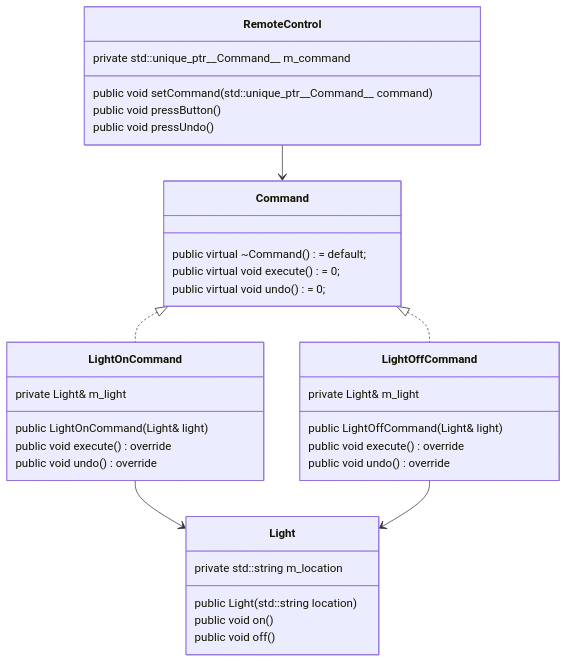
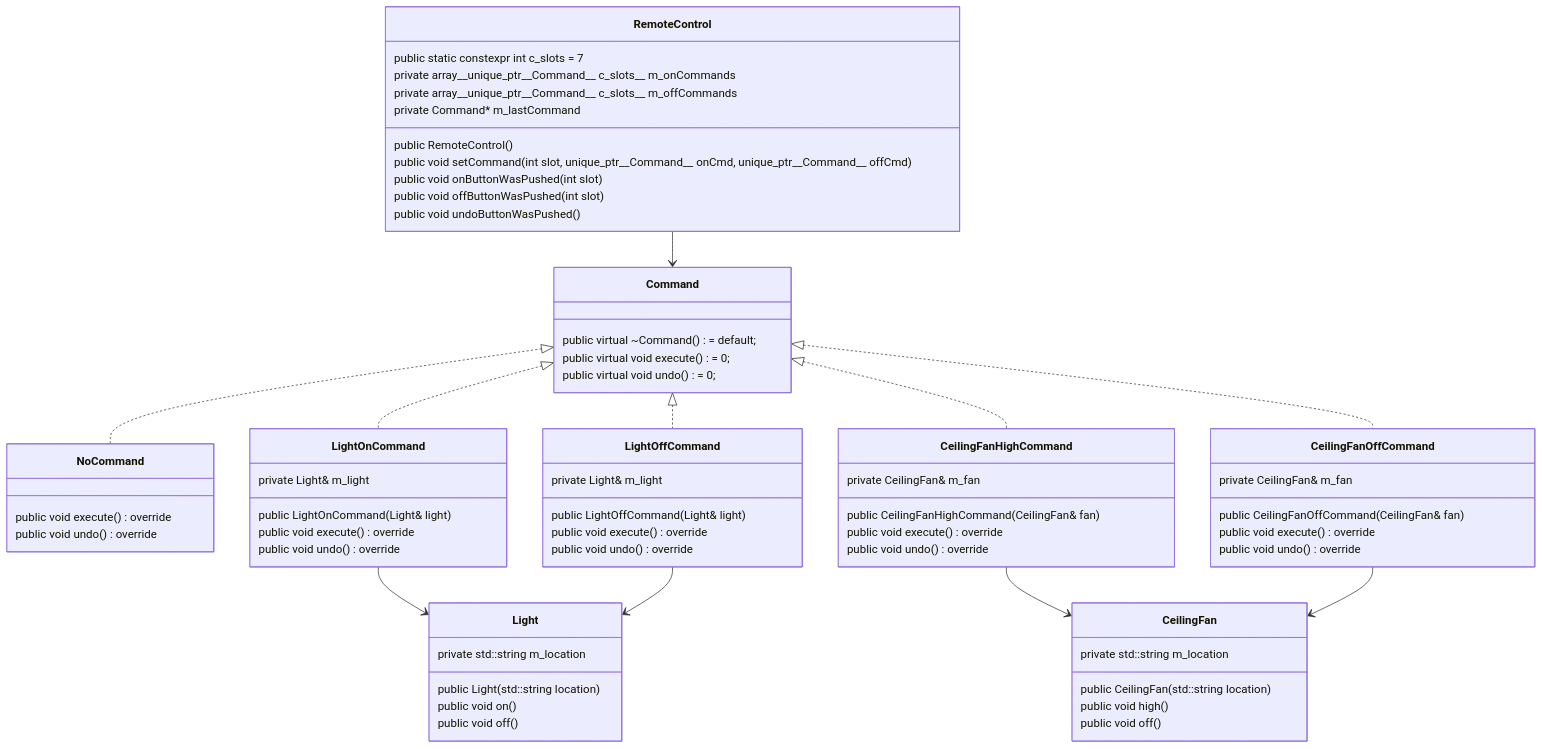
Before and after one commit to rngoodner/design-patterns: the sixth of 13 diagrams in README.md, drawn with Mermaid. The commit also changed other lines of this file, not shown here.

Commit message:
sync README class diagrams with current code

````diff
--- a/README.md
+++ b/README.md
@@ -313,43 +433,79 @@
 ```mermaid
 classDiagram
 
 class Command {
     public virtual ~Command() = default;
     public virtual void execute() = 0;
     public virtual void undo() = 0;
+}
+
+class NoCommand {
+    public void execute() override
+    public void undo() override
 }
 
 class Light {
     public Light(std::string location)
     public void on()
     public void off()
     private std::string m_location
 }
 
 class LightOnCommand {
     public LightOnCommand(Light& light)
     public void execute() override
     public void undo() override
     private Light& m_light
 }
 
 class LightOffCommand {
     public LightOffCommand(Light& light)
     public void execute() override
     public void undo() override
     private Light& m_light
 }
 
-class RemoteControl {
-    public void setCommand(std::unique_ptr__Command__ command)
-    public void pressButton()
-    public void pressUndo()
-    private std::unique_ptr__Command__ m_command
+class CeilingFan {
+    public CeilingFan(std::string location)
+    public void high()
+    public void off()
+    private std::string m_location
 }
 
+class CeilingFanHighCommand {
+    public CeilingFanHighCommand(CeilingFan& fan)
+    public void execute() override
+    public void undo() override
+    private CeilingFan& m_fan
+}
+
+class CeilingFanOffCommand {
+    public CeilingFanOffCommand(CeilingFan& fan)
+    public void execute() override
+    public void undo() override
+    private CeilingFan& m_fan
+}
+
+class RemoteControl {
+    public static constexpr int c_slots = 7
+    public RemoteControl()
+    public void setCommand(int slot, unique_ptr__Command__ onCmd, unique_ptr__Command__ offCmd)
+    public void onButtonWasPushed(int slot)
+    public void offButtonWasPushed(int slot)
+    public void undoButtonWasPushed()
+    private array__unique_ptr__Command__ c_slots__ m_onCommands
+    private array__unique_ptr__Command__ c_slots__ m_offCommands
+    private Command* m_lastCommand
+}
+
+Command <|.. NoCommand
 Command <|.. LightOnCommand
 Command <|.. LightOffCommand
+Command <|.. CeilingFanHighCommand
+Command <|.. CeilingFanOffCommand
 LightOnCommand --> Light
 LightOffCommand --> Light
+CeilingFanHighCommand --> CeilingFan
+CeilingFanOffCommand --> CeilingFan
 RemoteControl --> Command
 ```
````
